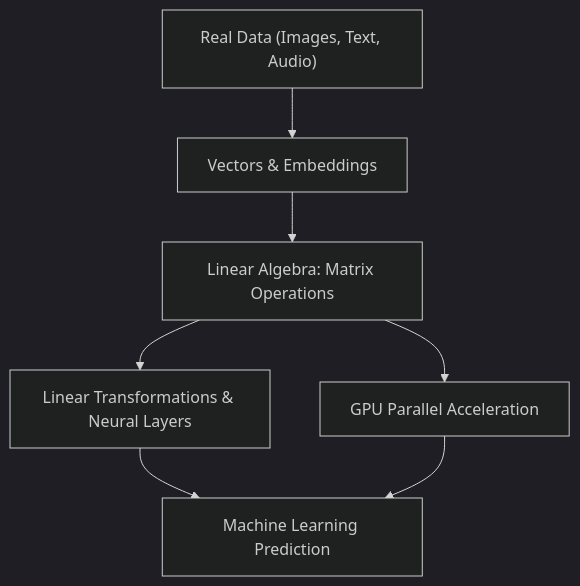
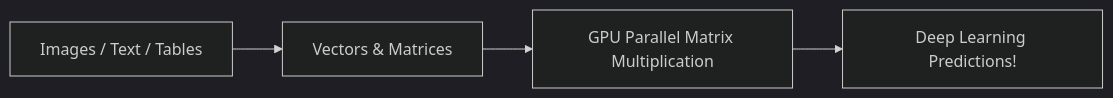
Before and after one commit to S1h2i3v4a/AI_ML: the diagram in lecture_21/Notes_21.01/README_HINGLISH.md, drawn with Mermaid (dark theme). The commit also changed other lines of this file and 203 other files, not shown here.

Commit message:
docs(lectures 19-21): align notes with video lectures, add blackboard diagrams, clean structured functions, and compile vector PDFs

````diff
--- a/lecture_21/Notes_21.01/README_HINGLISH.md
+++ b/lecture_21/Notes_21.01/README_HINGLISH.md
@@ -15,9 +41,6 @@
 ```mermaid
-flowchart TD
-    A["Real Data (Images, Text, Audio)"] --> B["Vectors & Embeddings"]
-    B --> C["Linear Algebra: Matrix Operations"]
-    C --> D["Linear Transformations & Neural Layers"]
-    C --> E["GPU Parallel Acceleration"]
-    D --> F["Machine Learning Prediction"]
-    E --> F
+flowchart LR
+    Data["Images / Text / Tables"] --> Vec["Vectors & Matrices"]
+    Vec --> GPU["GPU Parallel Matrix Multiplication"]
+    GPU --> AI["Deep Learning Predictions!"]
 ```
````
